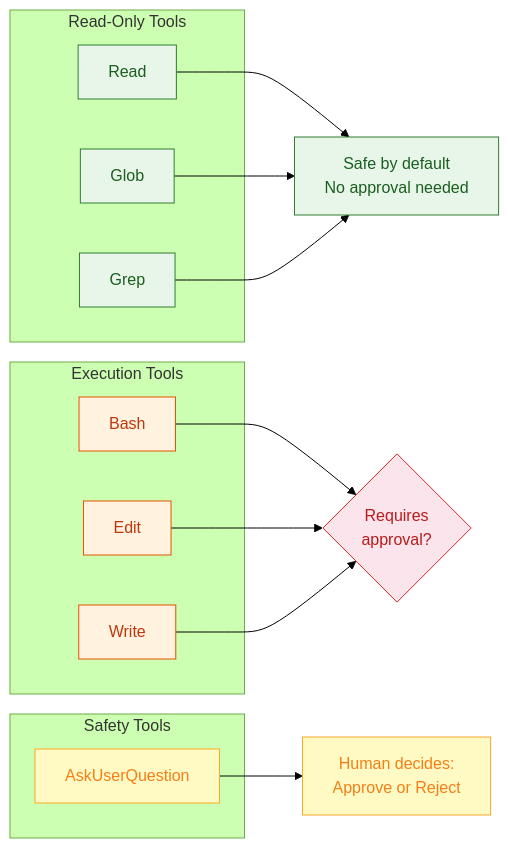
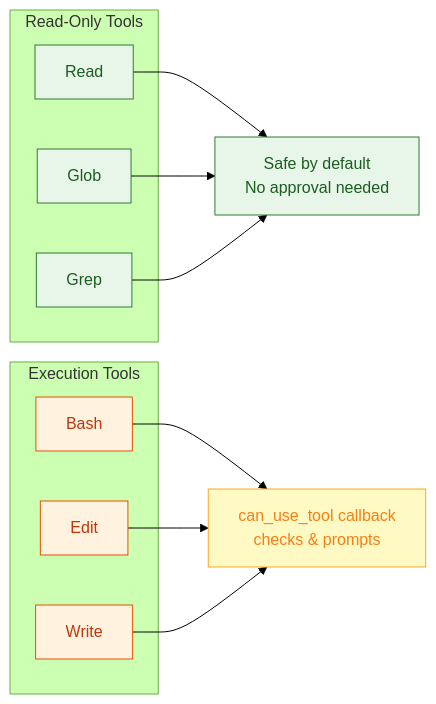
Before and after one commit to AyushSinghRana15/SDK: the second of 4 diagrams in Module2/lab2_safe_execution.md, drawn with Mermaid (forest theme). The commit also changed other lines of this file and 10 other files, not shown here.

Commit message:
Fix prompt_stream dict format, can_use_tool input, restore outdated requirements, remove generated test files

````diff
--- a/Module2/lab2_safe_execution.md
+++ b/Module2/lab2_safe_execution.md
@@ -87,37 +88,30 @@
 ```mermaid
 flowchart LR
     subgraph "Read-Only Tools"
         A["Read"]
         B["Glob"]
         C["Grep"]
     end
     
     subgraph "Execution Tools"
         D["Bash"]
         E["Edit"]
         F["Write"]
     end
     
-    subgraph "Safety Tools"
-        G["AskUserQuestion"]
-    end
-    
     A --> H["Safe by default\nNo approval needed"]
     B --> H
     C --> H
-    D --> I{"Requires\napproval?"}
+    D --> I["can_use_tool callback\nchecks & prompts"]
     E --> I
     F --> I
-    G --> J["Human decides:\nApprove or Reject"]
 
     style A fill:#e8f5e9,stroke:#2e7d32,color:#1b5e20
     style B fill:#e8f5e9,stroke:#2e7d32,color:#1b5e20
     style C fill:#e8f5e9,stroke:#2e7d32,color:#1b5e20
     style D fill:#fff3e0,stroke:#e65100,color:#bf360c
     style E fill:#fff3e0,stroke:#e65100,color:#bf360c
     style F fill:#fff3e0,stroke:#e65100,color:#bf360c
-    style G fill:#fff9c4,stroke:#f9a825,color:#f57f17
     style H fill:#e8f5e9,stroke:#2e7d32,color:#1b5e20
-    style I fill:#fce4ec,stroke:#c62828,color:#b71c1c
-    style J fill:#fff9c4,stroke:#f9a825,color:#f57f17
+    style I fill:#fff9c4,stroke:#f9a825,color:#f57f17
 ```
````
